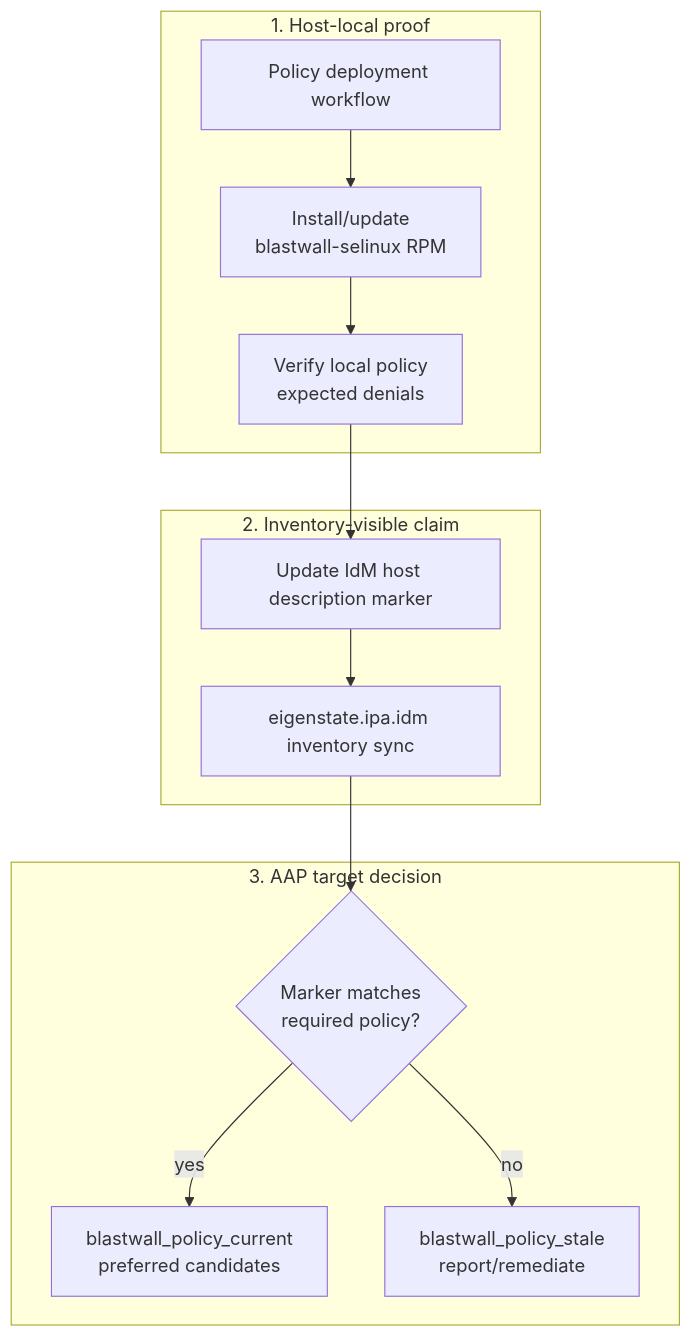
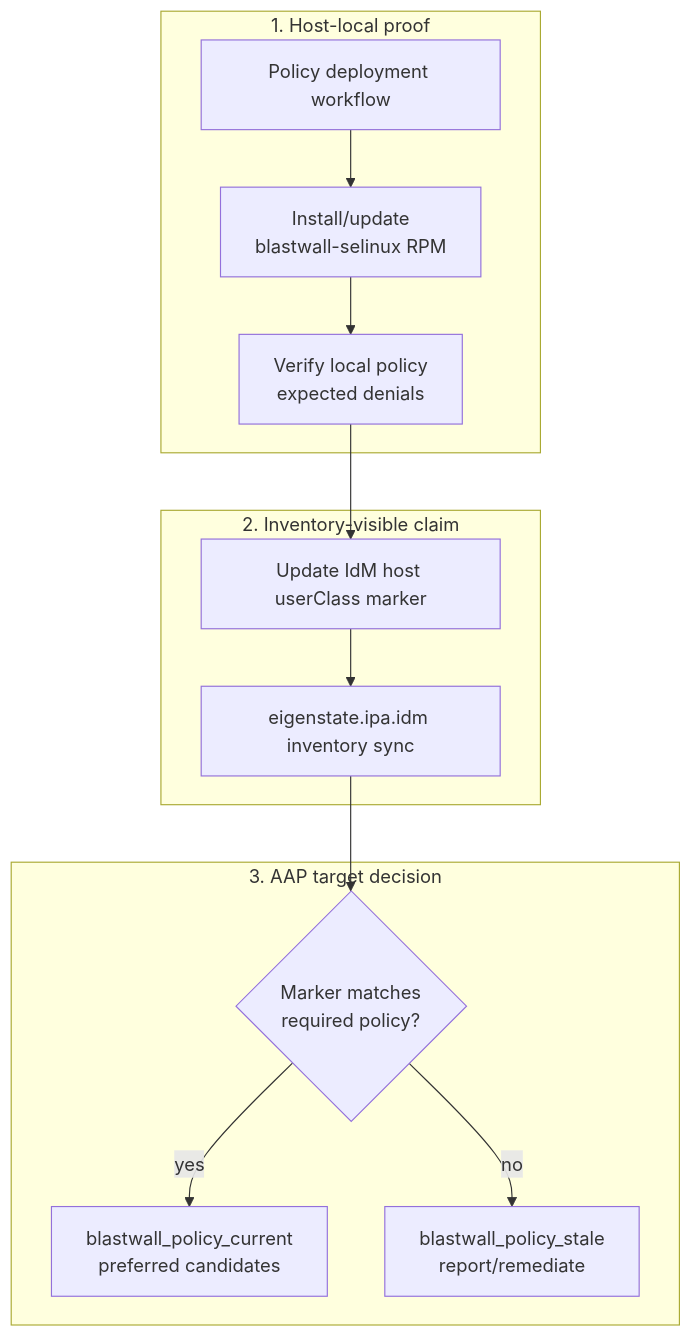
The diagram in docs/assets/diagrams/marker-flow.mmd (gprocunier/blastwall), drawn with Mermaid before and after one commit. The commit also changed 71 other files, not shown here.

First line of the commit message:
Refresh final documentation and diagram assets

```diff
--- a/docs/assets/diagrams/marker-flow.mmd
+++ b/docs/assets/diagrams/marker-flow.mmd
@@ -1,18 +1,18 @@
 flowchart TB
     subgraph LOCAL["1. Host-local proof"]
         DEPLOY["Policy deployment workflow"] --> RPM["Install/update<br/>blastwall-selinux RPM"]
         RPM --> VERIFY["Verify local policy<br/>expected denials"]
     end
 
     subgraph IDM_STATE["2. Inventory-visible claim"]
-        IDM["Update IdM host description marker"] --> INV["eigenstate.ipa.idm inventory sync"]
+        IDM["Update IdM host userClass marker"] --> INV["eigenstate.ipa.idm inventory sync"]
     end
 
     subgraph AAP_DECISION["3. AAP target decision"]
         CURRENT{"Marker matches<br/>required policy?"}
         CURRENT -->|yes| GOOD["blastwall_policy_current<br/>preferred candidates"]
         CURRENT -->|no| STALE["blastwall_policy_stale<br/>report/remediate"]
     end
 
     VERIFY --> IDM
     INV --> CURRENT
```
